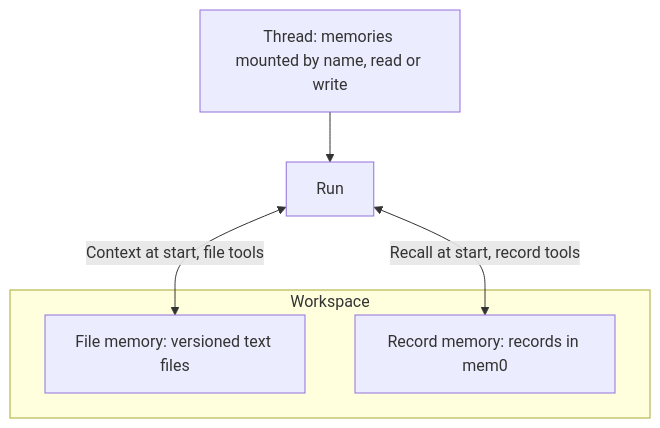
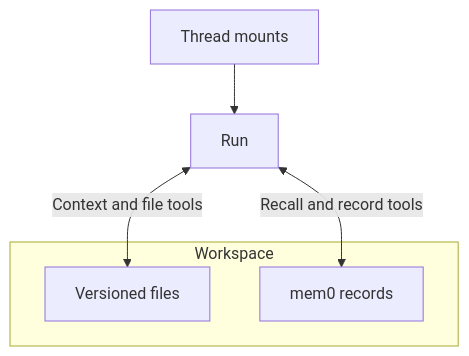
Before and after one commit to converge-ai-labs/agent-foundation: the diagram in docs/a13n-service/memory.md, drawn with Mermaid. The commit also changed other lines of this file and 124 other files, not shown here.

````diff
--- a/docs/a13n-service/memory.md
+++ b/docs/a13n-service/memory.md
@@ -13,13 +13,13 @@
 ```mermaid
 flowchart TB
-    Thread["Thread: memories mounted by name, read or write"] --> Run["Run"]
+    Thread["Thread mounts"] --> Run["Run"]
     subgraph Workspace["Workspace"]
-        File["File memory: versioned text files"]
-        Record["Record memory: records in mem0"]
+        File["Versioned files"]
+        Record["mem0 records"]
     end
-    Run <-->|"Context at start, file tools"| File
-    Run <-->|"Recall at start, record tools"| Record
+    Run <-->|"Context and file tools"| File
+    Run <-->|"Recall and record tools"| Record
 
     class Thread,Run a13n
     class File,Record store
 ```
````
